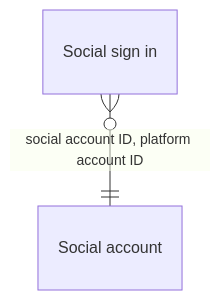
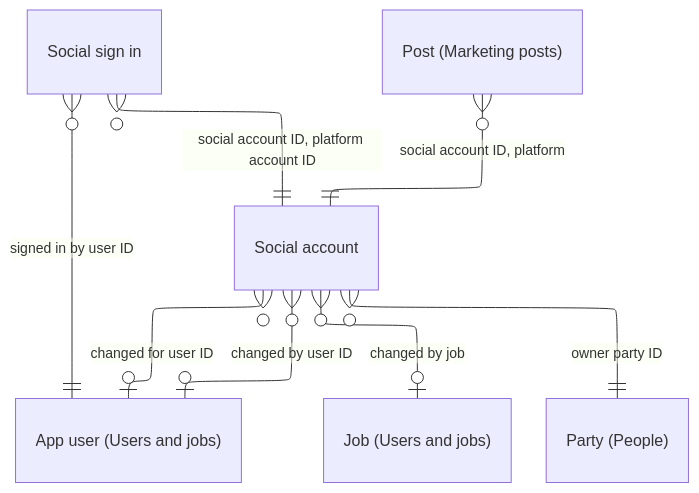
The diagram in docs/database/tables/viewpoint-social-accounts.md (DoctorCRE/doctorcre-engine), drawn with Mermaid before and after one commit. The commit also changed other lines of this file and 27 other files, not shown here.

````diff
--- a/docs/database/tables/viewpoint-social-accounts.md
+++ b/docs/database/tables/viewpoint-social-accounts.md
@@ -3,13 +3,19 @@
 ```mermaid
 ---
 config:
   layout: elk
   er:
     nodeSpacing: 22
     rankSpacing: 44
 ---
 erDiagram
   "Social account"
   "Social sign in"
+  "Post (Marketing posts)" }o--|| "Social account" : "social account ID, platform"
+  "Social account" }o--o| "App user (Users and jobs)" : "changed by user ID"
+  "Social account" }o--o| "App user (Users and jobs)" : "changed for user ID"
+  "Social account" }o--o| "Job (Users and jobs)" : "changed by job"
+  "Social account" }o--|| "Party (People)" : "owner party ID"
+  "Social sign in" }o--|| "App user (Users and jobs)" : "signed in by user ID"
   "Social sign in" }o--|| "Social account" : "social account ID, platform account ID"
 ```
````
